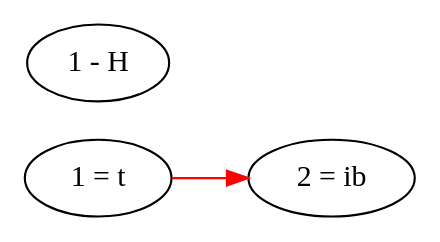
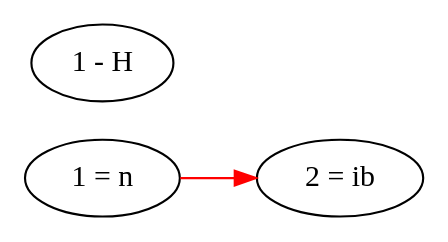
The diagram in data/grammar/rules/hook_02.dot (nossidge/zelda), drawn with Graphviz before and after one commit. The commit also changed 6 other files, not shown here.

```diff
--- a/data/grammar/rules/hook_02.dot
+++ b/data/grammar/rules/hook_02.dot
@@ -1,17 +1,17 @@
 digraph hook_02 {
 
 
   # Weirdly, if you specify horizontal direction, you
   #   have to put the new nodes before the old nodes.
   rankdir="LR";
 
 
   # New node relations.
-  "1 = t" -> "2 = ib" [color = red]
+  "1 = n" -> "2 = ib" [color = red]
 
 
   # Old node relations.
   "1 - H"
 
 
 }
```
